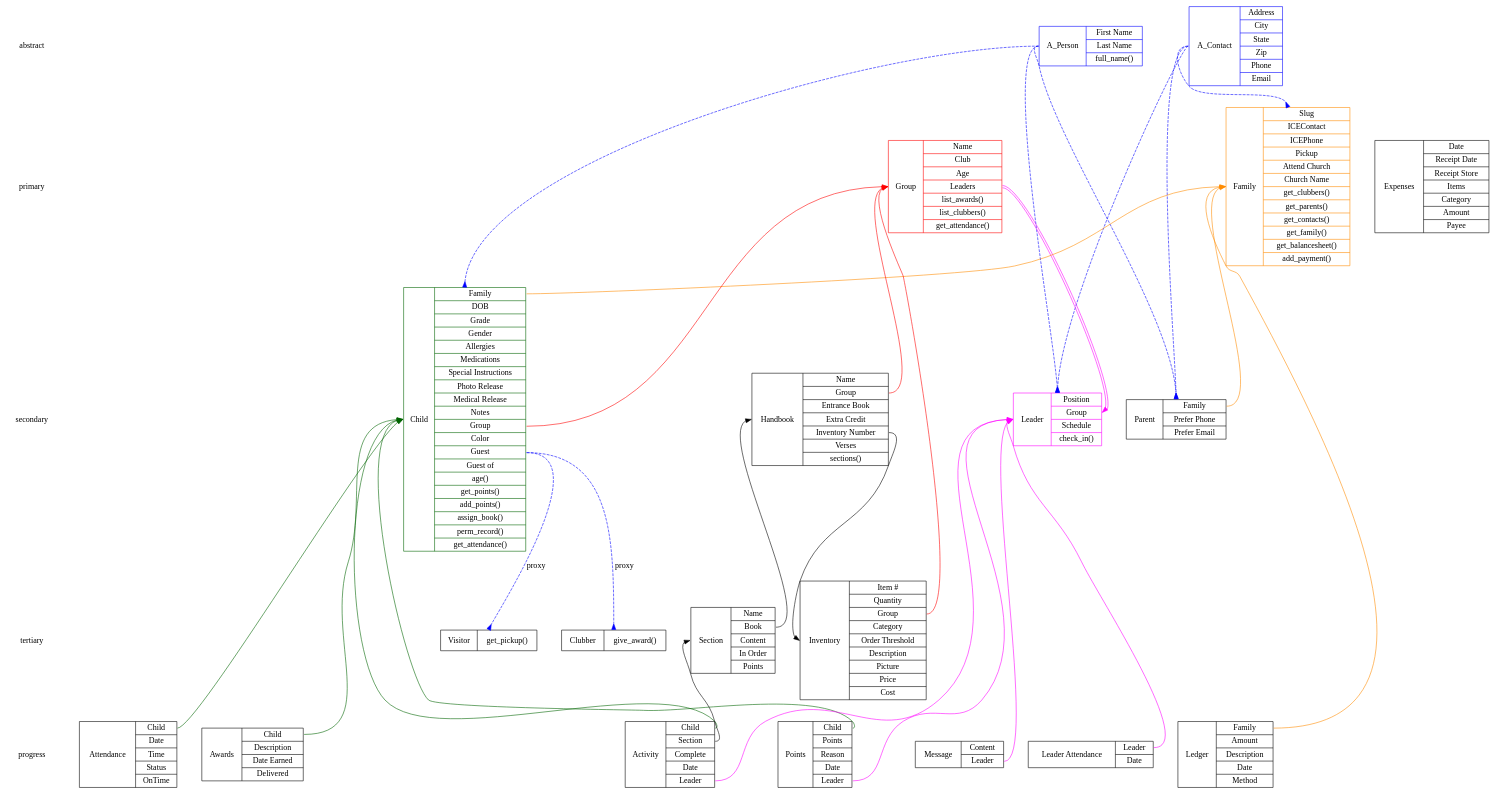
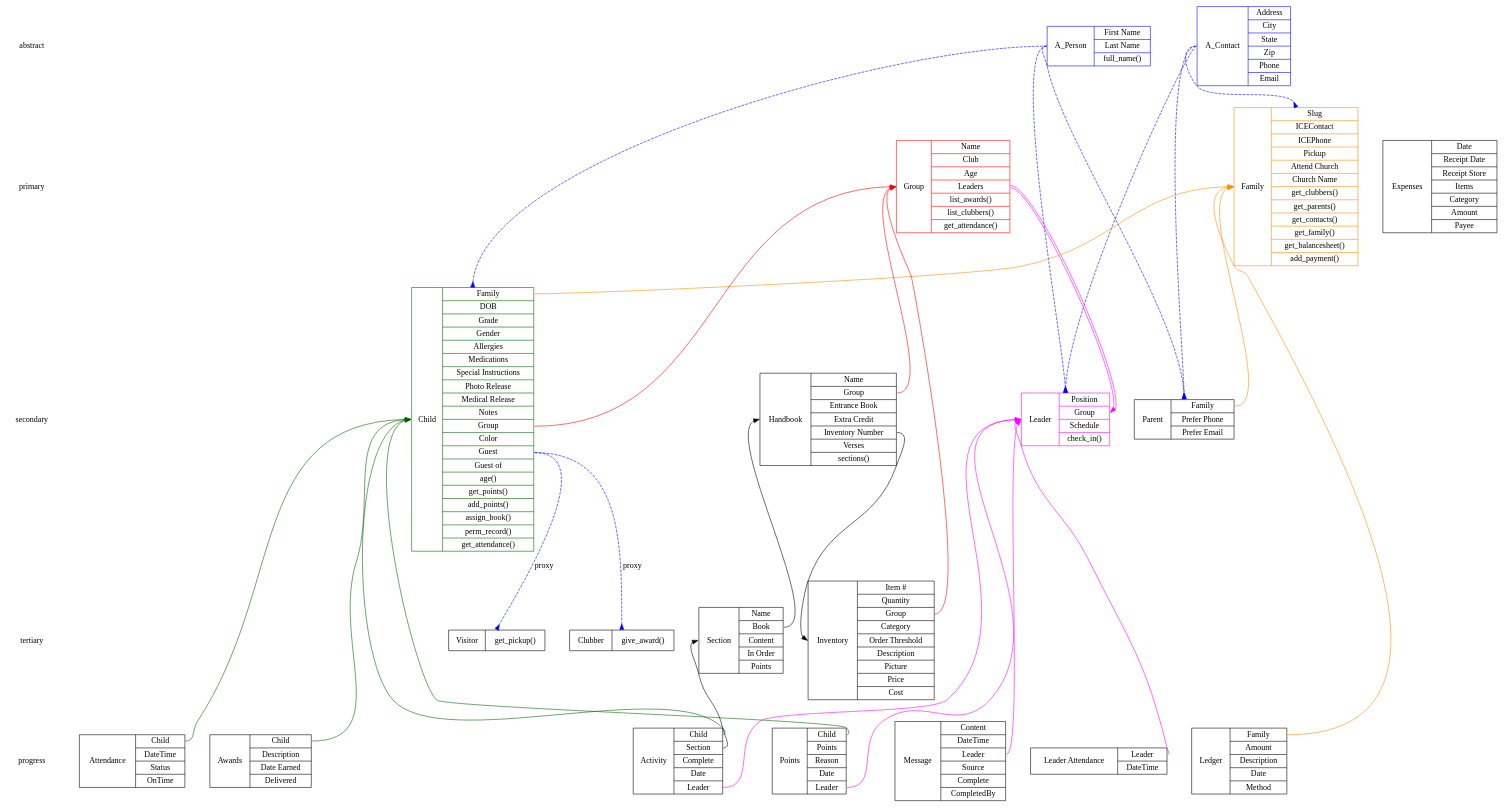
One commit to fbcp-awanas/website changed the diagram in datamodel.dot. Above: the diagram before and after it, drawn with Graphviz.

Commit message:
Updated message

```diff
--- a/datamodel.dot
+++ b/datamodel.dot
@@ -123,12 +123,11 @@
                               Date Earned|
                               Delivered}"];
     attendance [label="<id>Attendance|{<child>Child|
-                                       Date|
-                                       Time|
+                                       DateTime|
                                        Status|
                                        OnTime}"];
     l_attendance [label="<id>Leader Attendance|{<leader>Leader|
-                                                Date}"];
+                                                DateTime}"];
     ledger [label="<id>Ledger|{<family>Family|
                                Amount|
                                Description|
@@ -142,7 +141,11 @@
                                    Amount|
                                    Payee}"];
     message [label="<id>Message|{Content|
-                                 <leader>Leader}"]
+                                 DateTime|
+                                 <leader>Leader|
+                                 Source|
+                                 Complete|
+                                 CompletedBy}"]
 }
 
 
```
